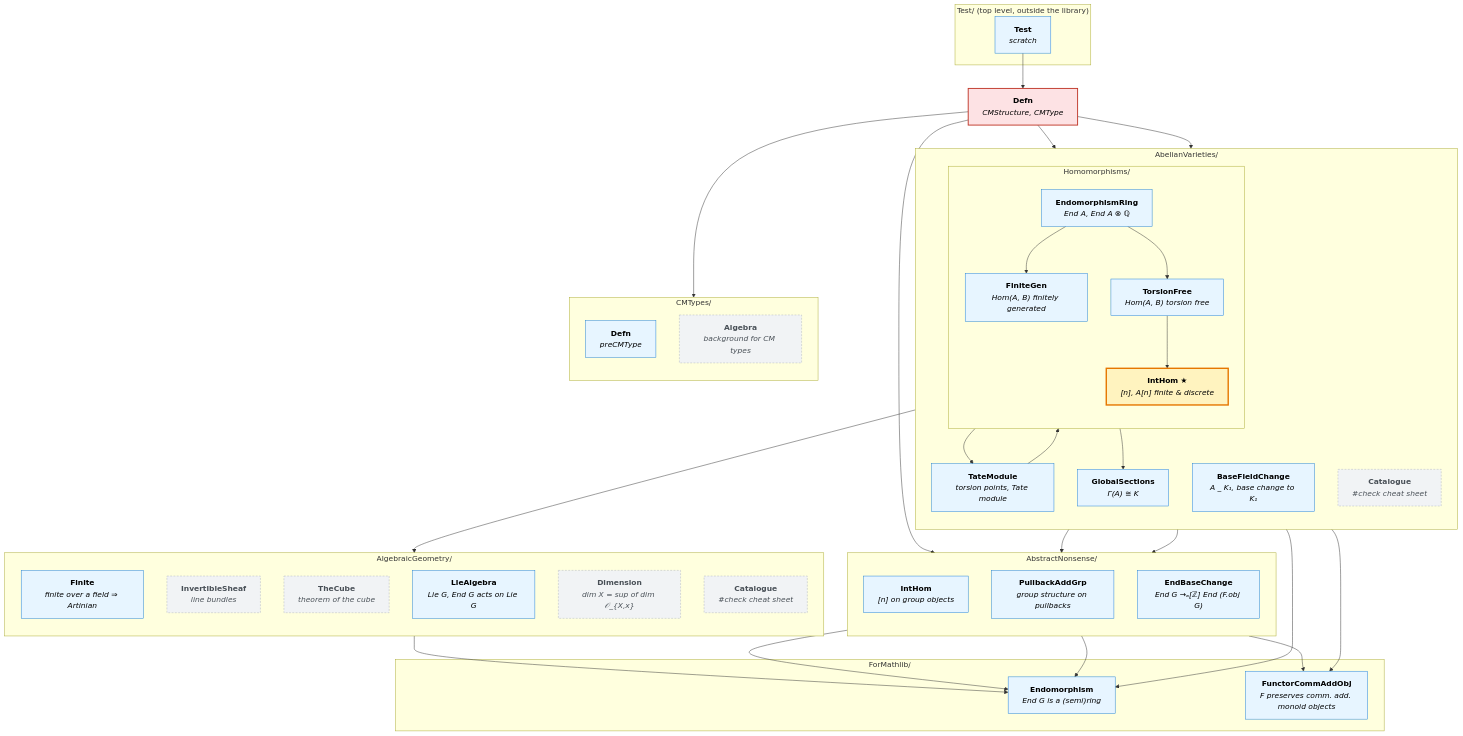
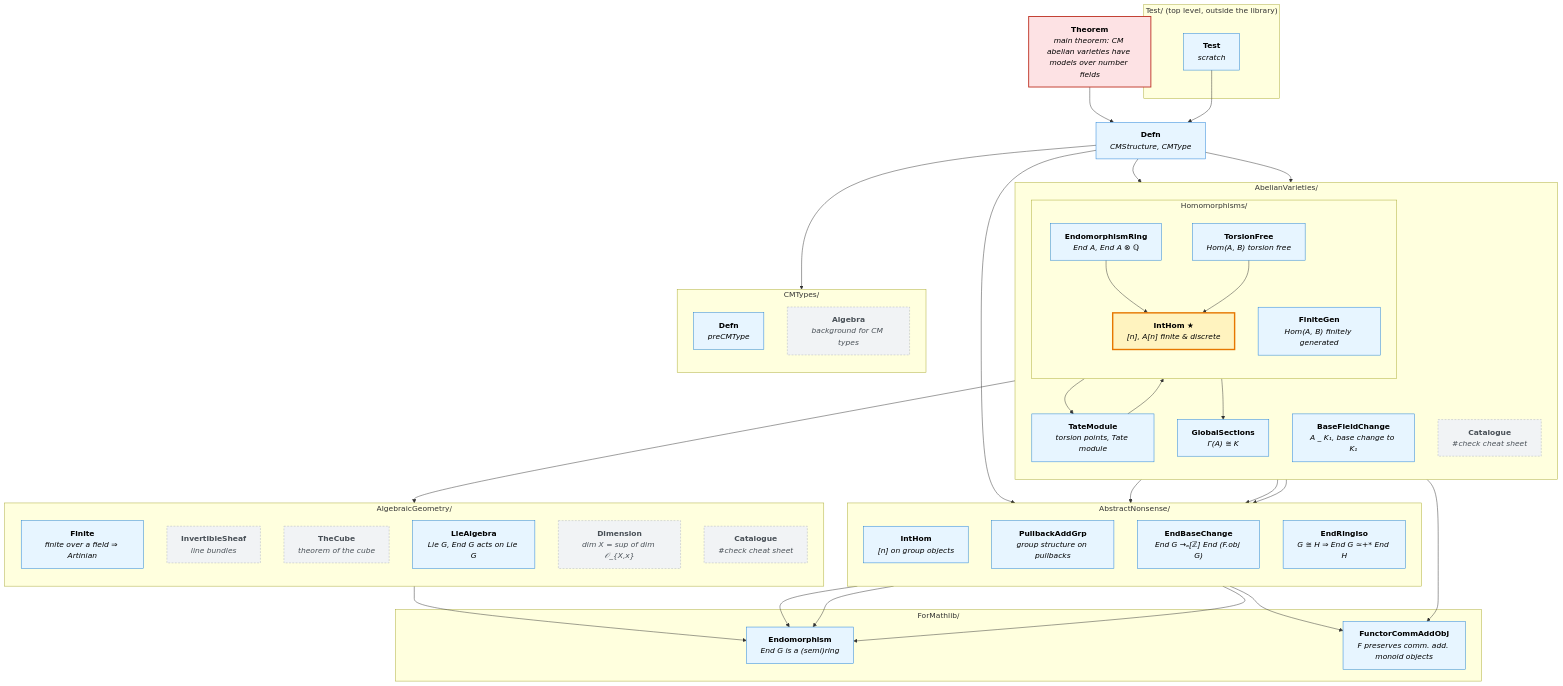
Before and after one commit to abhijitaj1997/CMAbelianVarieties: the diagram in MindMap.md, drawn with Mermaid. The commit also changed other lines of this file and 3 other files, not shown here.

````diff
--- a/MindMap.md
+++ b/MindMap.md
@@ -9,6 +9,7 @@
 ```mermaid
 graph TD
   %% ---------- top level ----------
+  Theorem["<b>Theorem</b><br/><i>main theorem: CM abelian varieties have models over number fields</i>"]
   Defn["<b>Defn</b><br/><i>CMStructure, CMType</i>"]
 
   %% ---------- AbelianVarieties ----------
@@ -33,6 +34,7 @@
     IntHomAN["<b>IntHom</b><br/><i>[n] on group objects</i>"]
     PullbackAddGrp["<b>PullbackAddGrp</b><br/><i>group structure on pullbacks</i>"]
     EndBaseChange["<b>EndBaseChange</b><br/><i>End G →ₐ[ℤ] End (F.obj G)</i>"]
+    EndRingIso["<b>EndRingIso</b><br/><i>G ≅ H ⇒ End G ≃+* End H</i>"]
   end
 
   %% ---------- AlgebraicGeometry ----------
@@ -65,6 +67,7 @@
   end
 
   %% ---------- imports ----------
+  Theorem --> Defn
   Defn --> EndomorphismRing
   Defn --> CMDefn
   Defn --> BaseFieldChange
@@ -72,9 +75,9 @@
   BaseFieldChange --> FunctorCommAddObj
   EndBaseChange --> Endomorphism
   EndBaseChange --> FunctorCommAddObj
-  EndomorphismRing --> FiniteGen
-  EndomorphismRing --> TorsionFree
-  EndomorphismRing --> Endomorphism
+  EndomorphismRing --> IntHomAV
+  EndomorphismRing --> EndRingIso
+  EndRingIso --> Endomorphism
   FiniteGen --> TateModule
   TateModule --> IntHomAV
   TorsionFree --> GlobalSections
@@ -92,8 +95,8 @@
   classDef connected fill:#e7f5ff,stroke:#1c7ed6,color:#000
   classDef unused fill:#f1f3f5,stroke:#adb5bd,stroke-dasharray:4 3,color:#495057
 
-  class Defn goal
+  class Theorem goal
   class IntHomAV hub
-  class EndomorphismRing,FiniteGen,TorsionFree,TateModule,GlobalSections,IntHomAN,PullbackAddGrp,Finite,Endomorphism,LieAlgebra,CMDefn,Test,BaseFieldChange,EndBaseChange,FunctorCommAddObj connected
+  class EndomorphismRing,FiniteGen,TorsionFree,TateModule,GlobalSections,IntHomAN,PullbackAddGrp,Finite,Endomorphism,LieAlgebra,CMDefn,Test,BaseFieldChange,EndBaseChange,FunctorCommAddObj,Defn,EndRingIso connected
   class AVCatalogue,InvertibleSheaf,TheCube,AGCatalogue,Dimension,CMAlgebra unused
 ```
````
